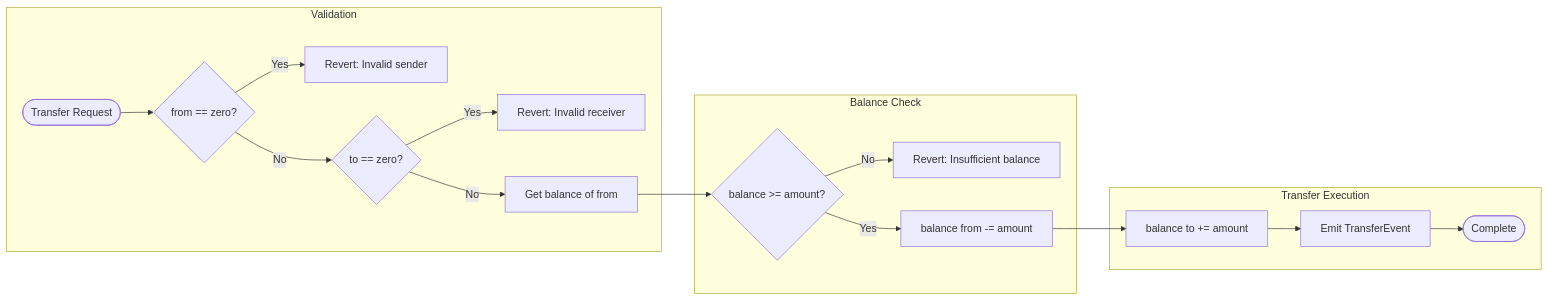
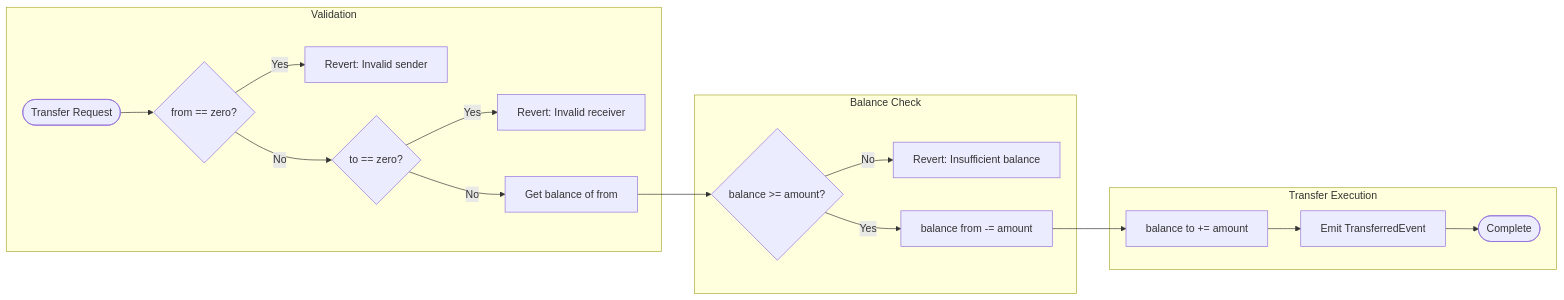
One commit to btc-vision/btc-runtime changed the second of 6 diagrams in docs/api-reference/op20.md. Above: the diagram before and after it, drawn with Mermaid. The commit also changed other lines of this file and 30 other files, not shown here.

````diff
--- a/docs/api-reference/op20.md
+++ b/docs/api-reference/op20.md
@@ -228,22 +321,22 @@
 ```mermaid
 flowchart LR
     subgraph "Validation"
         Start([Transfer Request]) --> CheckFrom{from == zero?}
         CheckFrom -->|Yes| Revert1[Revert: Invalid sender]
         CheckFrom -->|No| CheckTo{to == zero?}
         CheckTo -->|Yes| Revert2[Revert: Invalid receiver]
         CheckTo -->|No| GetBal[Get balance of from]
     end
 
     subgraph "Balance Check"
         GetBal --> CheckBal{balance >= amount?}
         CheckBal -->|No| Revert3[Revert: Insufficient balance]
         CheckBal -->|Yes| SubBal[balance from -= amount]
     end
 
     subgraph "Transfer Execution"
         SubBal --> AddBal[balance to += amount]
-        AddBal --> Emit[Emit TransferEvent]
+        AddBal --> Emit[Emit TransferredEvent]
         Emit --> Success([Complete])
     end
 ```
````
